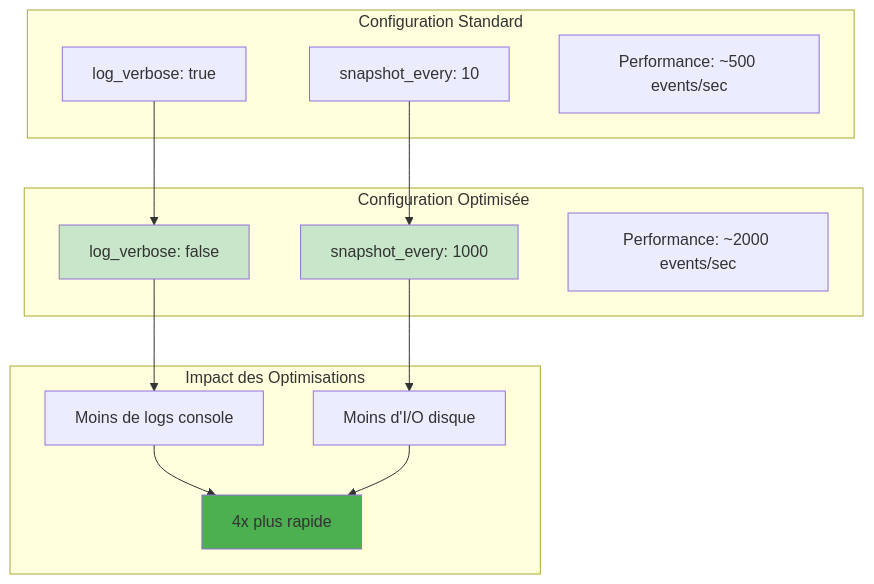
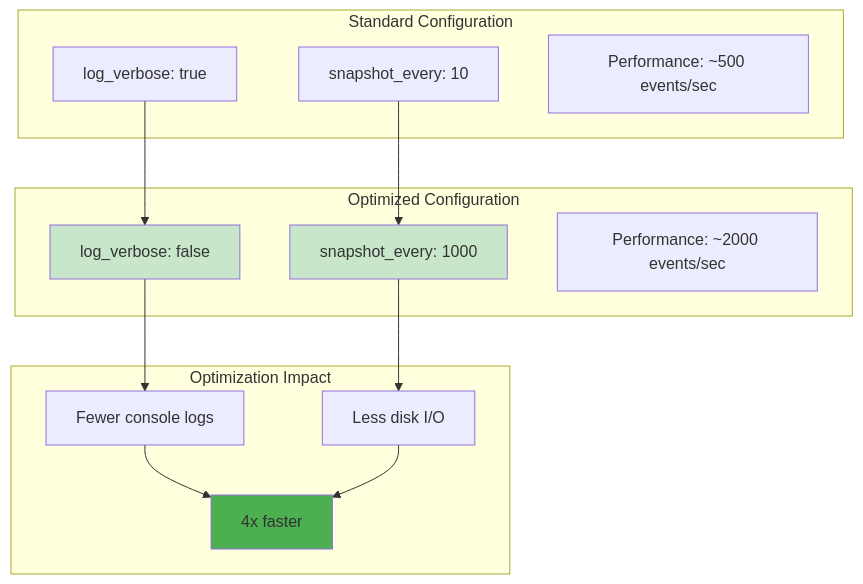
One commit to lithair/lithair changed the ninth of 15 diagrams in docs/architecture/system-design.md. Above: the diagram before and after it, drawn with Mermaid. The commit also changed other lines of this file and 84 other files, not shown here.

````diff
--- a/docs/architecture/system-design.md
+++ b/docs/architecture/system-design.md
@@ -289,31 +289,31 @@
 ```mermaid
 graph TD
-    subgraph "Configuration Standard"
+    subgraph "Standard Configuration"
         LOG_ON[log_verbose: true]
         SNAP_10[snapshot_every: 10]
         PERF_SLOW[Performance: ~500 events/sec]
     end
 
-    subgraph "Configuration Optimisée"
+    subgraph "Optimized Configuration"
         LOG_OFF[log_verbose: false]
         SNAP_1000[snapshot_every: 1000]
         PERF_FAST[Performance: ~2000 events/sec]
     end
 
-    subgraph "Impact des Optimisations"
-        LESS_IO[Moins d'I/O disque]
-        LESS_LOGS[Moins de logs console]
-        FASTER[4x plus rapide]
+    subgraph "Optimization Impact"
+        LESS_IO[Less disk I/O]
+        LESS_LOGS[Fewer console logs]
+        FASTER[4x faster]
     end
 
     LOG_ON --> LOG_OFF
     SNAP_10 --> SNAP_1000
     LOG_OFF --> LESS_LOGS
     SNAP_1000 --> LESS_IO
     LESS_LOGS --> FASTER
     LESS_IO --> FASTER
 
     style LOG_OFF fill:#c8e6c9
     style SNAP_1000 fill:#c8e6c9
     style FASTER fill:#4caf50
 ```
````
